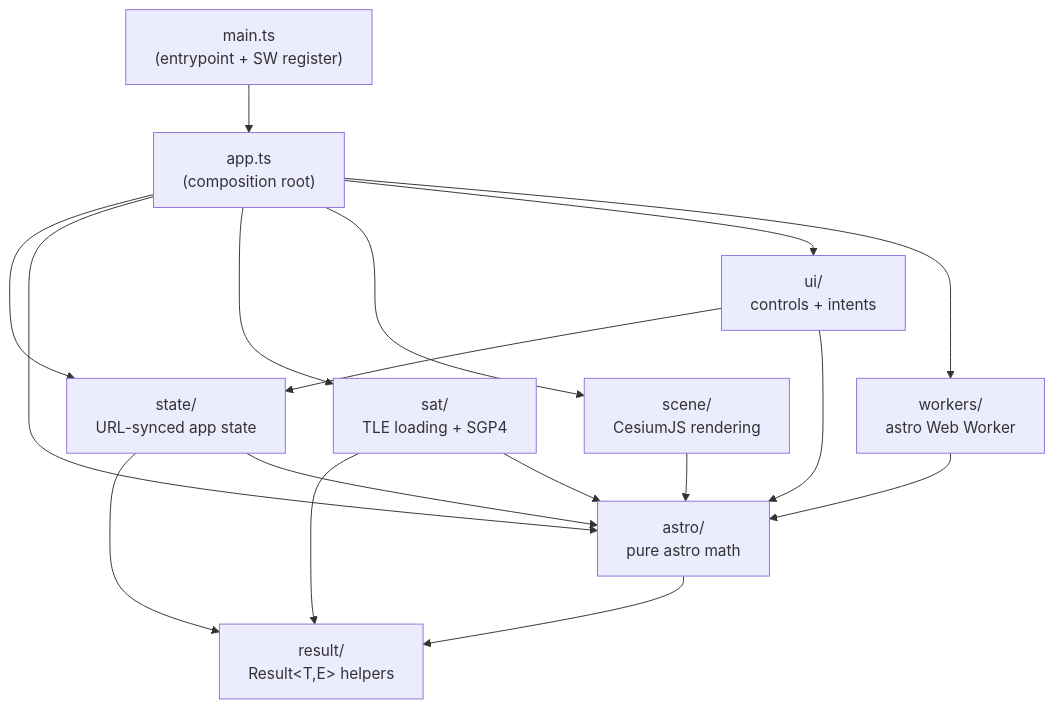
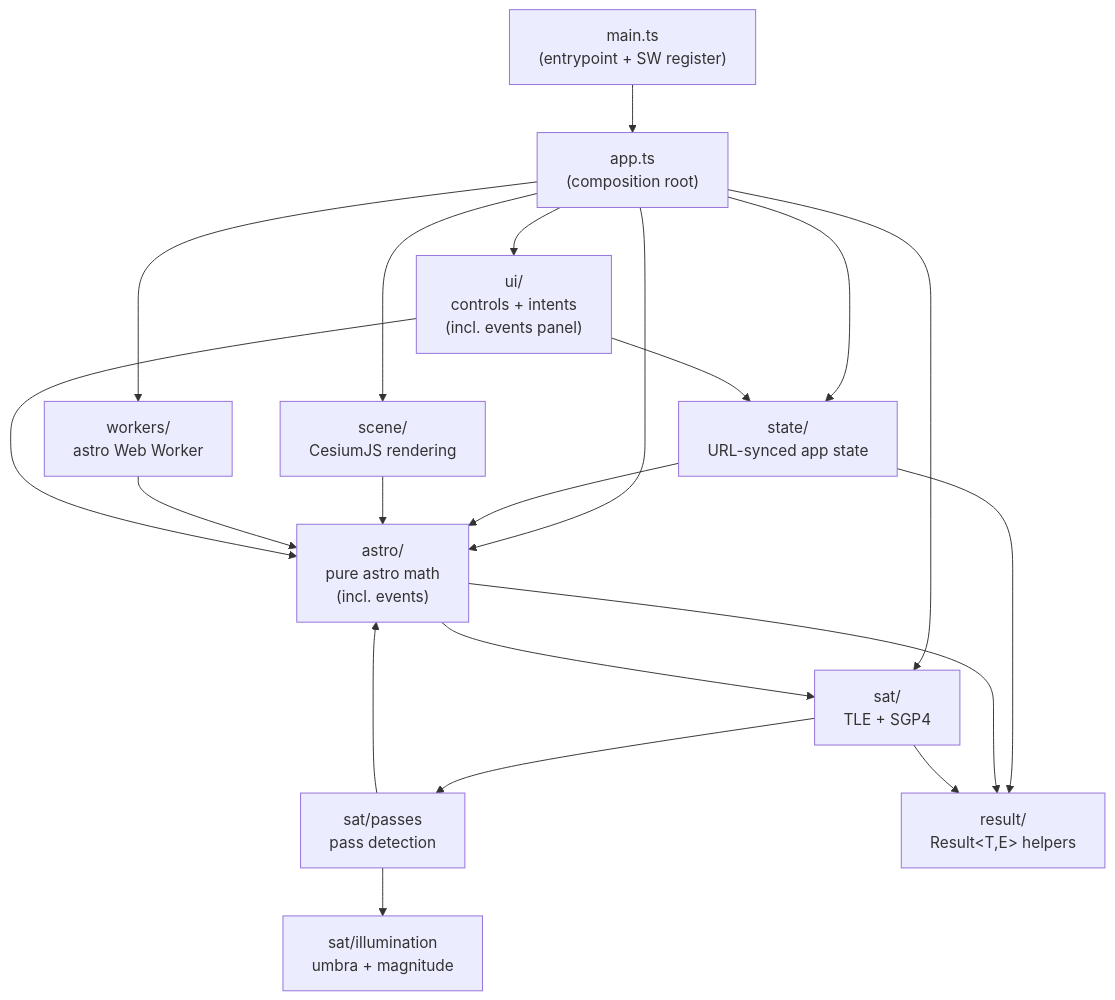
The first of 5 diagrams in docs/architecture.md (robsartin/planisphere), drawn with Mermaid before and after one commit. The commit also changed other lines of this file and 1 other file, not shown here.

````diff
--- a/docs/architecture.md
+++ b/docs/architecture.md
@@ -11,32 +11,37 @@
 ```mermaid
 graph TD
     app["app.ts<br/>(composition root)"]
     main["main.ts<br/>(entrypoint + SW register)"]
     state["state/<br/>URL-synced app state"]
-    astro["astro/<br/>pure astro math"]
-    sat["sat/<br/>TLE loading + SGP4"]
+    astro["astro/<br/>pure astro math<br/>(incl. events)"]
+    sat["sat/<br/>TLE + SGP4"]
+    passes["sat/passes<br/>pass detection"]
+    illum["sat/illumination<br/>umbra + magnitude"]
     scene["scene/<br/>CesiumJS rendering"]
-    ui["ui/<br/>controls + intents"]
+    ui["ui/<br/>controls + intents<br/>(incl. events panel)"]
     workers["workers/<br/>astro Web Worker"]
     result["result/<br/>Result&lt;T,E&gt; helpers"]
 
     main --> app
     app --> state
     app --> astro
     app --> sat
     app --> scene
     app --> ui
     app --> workers
 
     state --> result
     state --> astro
     astro --> result
+    astro --> sat
     sat --> result
+    sat --> passes
+    passes --> illum
+    passes --> astro
 
     scene --> astro
-    sat --> astro
     workers --> astro
 
     ui --> state
     ui --> astro
 ```
````
